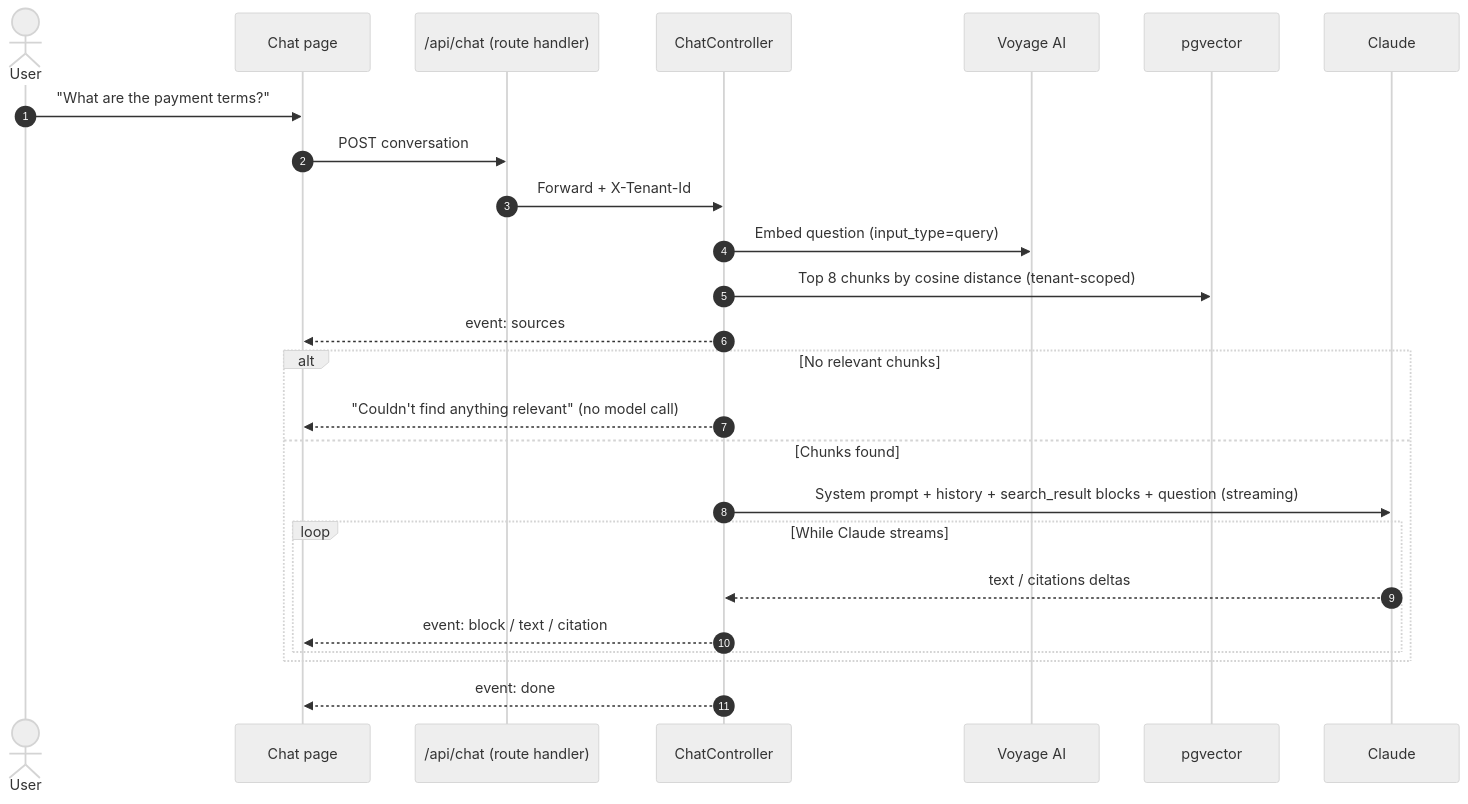
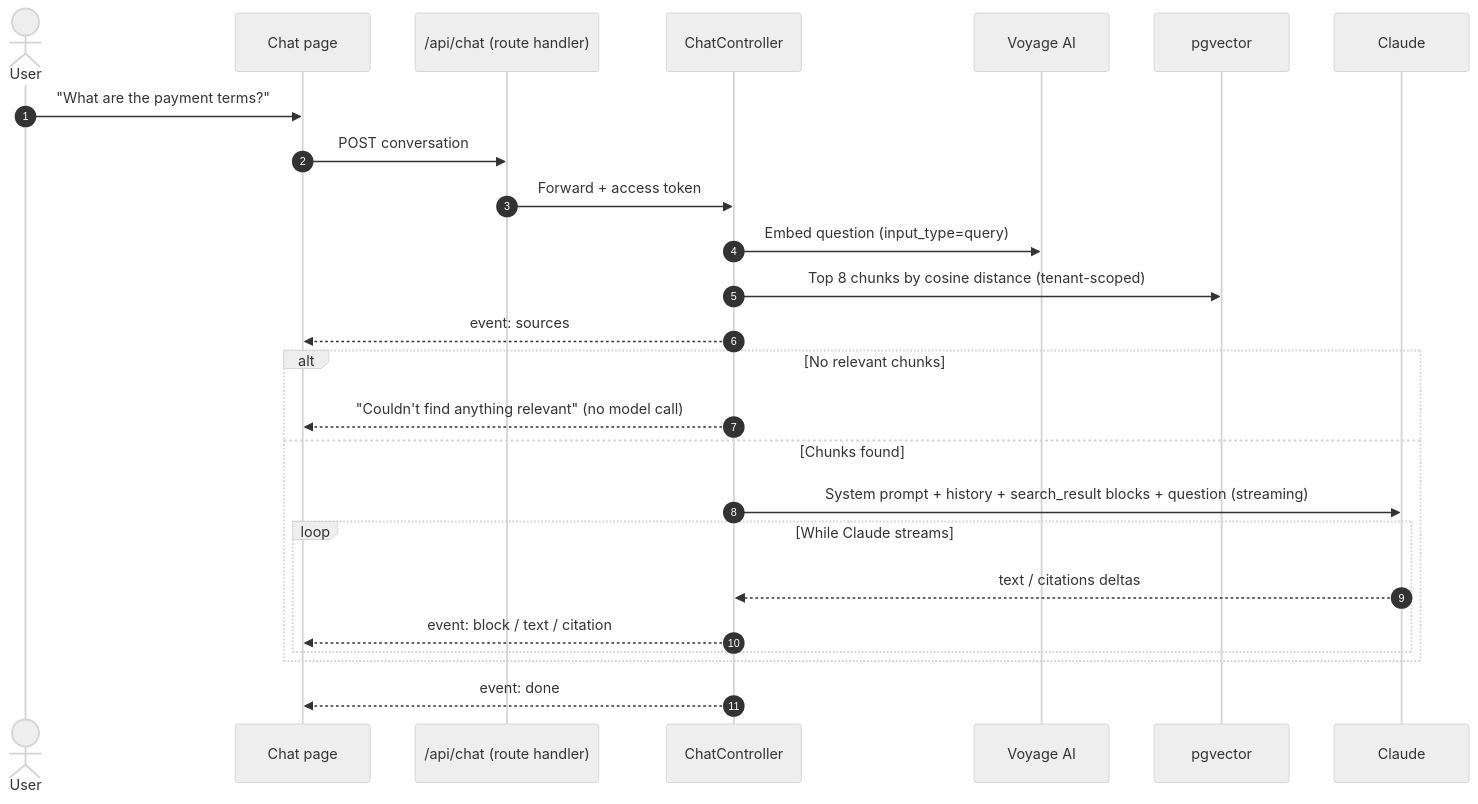
The third of 6 diagrams in README.md (EISAGHANI/documind-ai), drawn with Mermaid (neutral theme) before and after one commit. The commit also changed other lines of this file and 41 other files, not shown here.

````diff
--- a/README.md
+++ b/README.md
@@ -169,28 +171,28 @@
 ```mermaid
 sequenceDiagram
     autonumber
     actor User
     participant UI as Chat page
     participant Next as /api/chat (route handler)
     participant API as ChatController
     participant V as Voyage AI
     participant DB as pgvector
     participant C as Claude
 
     User->>UI: "What are the payment terms?"
     UI->>Next: POST conversation
-    Next->>API: Forward + X-Tenant-Id
+    Next->>API: Forward + access token
     API->>V: Embed question (input_type=query)
     API->>DB: Top 8 chunks by cosine distance (tenant-scoped)
     API-->>UI: event: sources
     alt No relevant chunks
         API-->>UI: "Couldn't find anything relevant" (no model call)
     else Chunks found
         API->>C: System prompt + history + search_result blocks + question (streaming)
         loop While Claude streams
             C-->>API: text / citations deltas
             API-->>UI: event: block / text / citation
         end
     end
     API-->>UI: event: done
 ```
````
